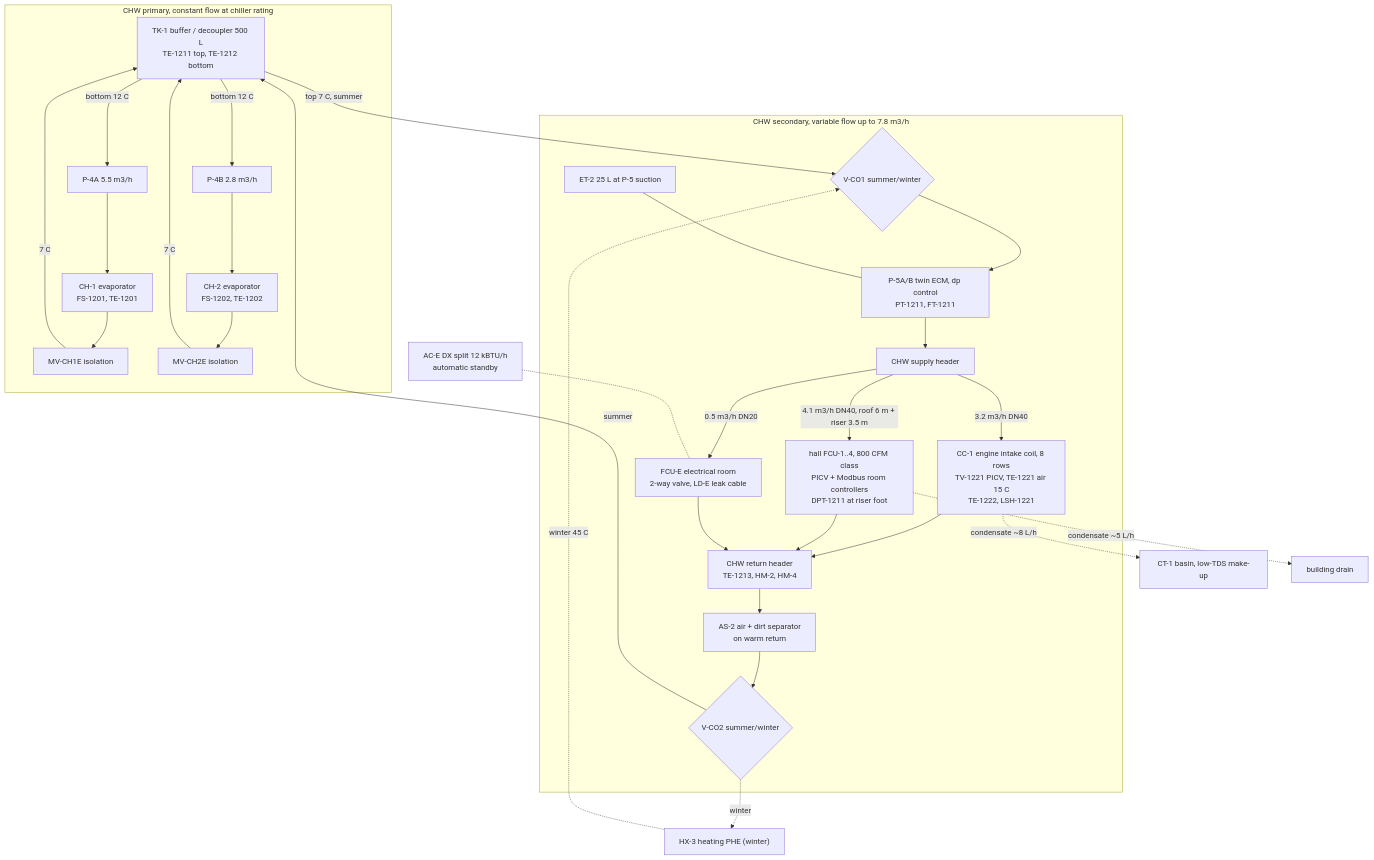
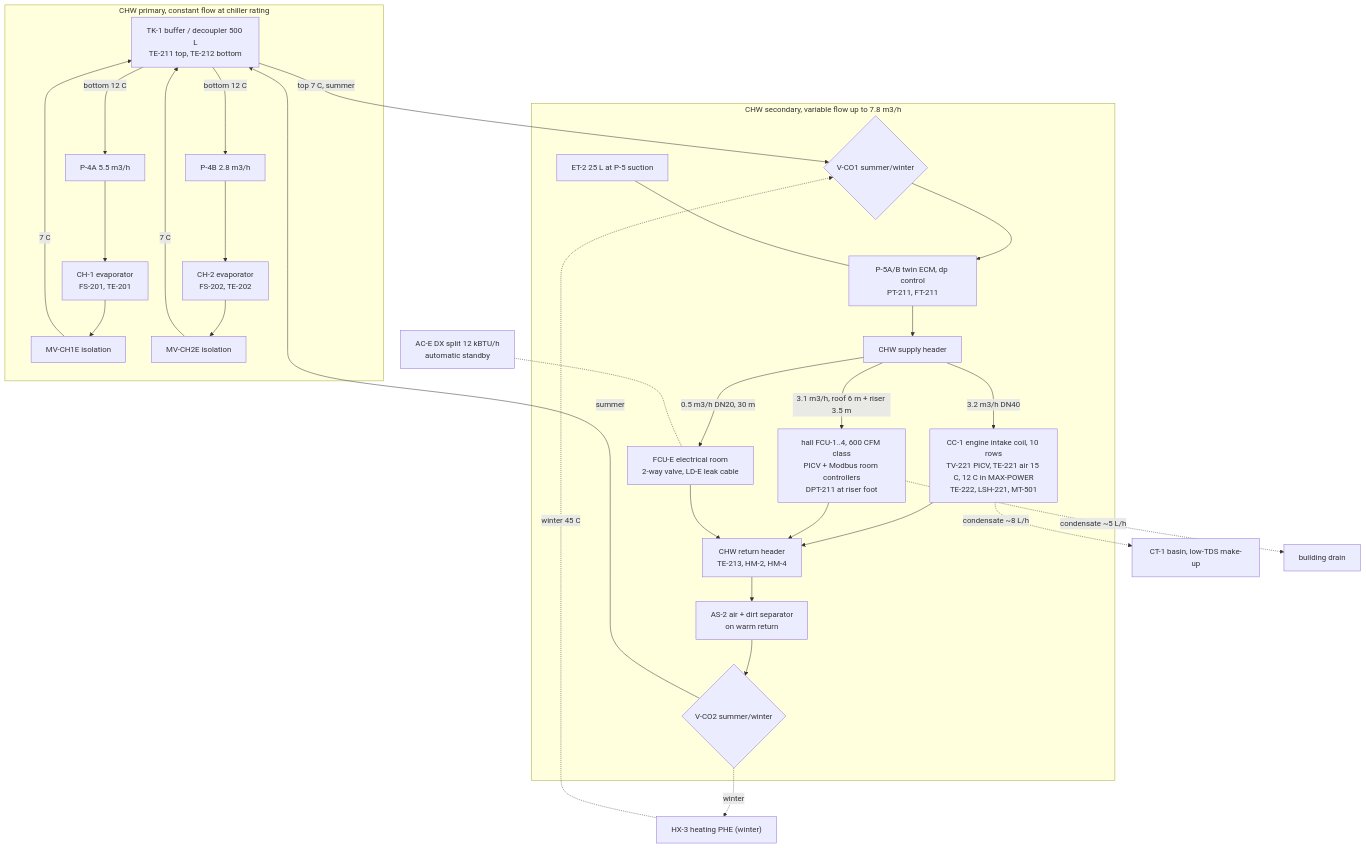
Before and after one commit to ahmadreza221/aurora-cchp: the third of 4 diagrams in docs/hvac/01_pid.md, drawn with Mermaid. The commit also changed other lines of this file and 77 other files, not shown here.

Commit message:
WIP: HVAC power modes, fire suppression, insulated-hall recheck; electrical EMS, boards, 3D room model; engine E1–E4 in progress

````diff
--- a/docs/hvac/01_pid.md
+++ b/docs/hvac/01_pid.md
@@ -124,50 +130,50 @@
 ```mermaid
 flowchart TB
   subgraph PRI["CHW primary, constant flow at chiller rating"]
-    TK1["TK-1 buffer / decoupler 500 L<br/>TE-1211 top, TE-1212 bottom"]
+    TK1["TK-1 buffer / decoupler 500 L<br/>TE-211 top, TE-212 bottom"]
     P4A["P-4A 5.5 m3/h"]
-    E1["CH-1 evaporator<br/>FS-1201, TE-1201"]
+    E1["CH-1 evaporator<br/>FS-201, TE-201"]
     MV1["MV-CH1E isolation"]
     P4B["P-4B 2.8 m3/h"]
-    E2["CH-2 evaporator<br/>FS-1202, TE-1202"]
+    E2["CH-2 evaporator<br/>FS-202, TE-202"]
     MV2["MV-CH2E isolation"]
     P4A --> E1 --> MV1
     P4B --> E2 --> MV2
   end
   subgraph SEC["CHW secondary, variable flow up to 7.8 m3/h"]
     VCO1{"V-CO1 summer/winter"}
-    P5["P-5A/B twin ECM, dp control<br/>PT-1211, FT-1211"]
+    P5["P-5A/B twin ECM, dp control<br/>PT-211, FT-211"]
     AS2["AS-2 air + dirt separator<br/>on warm return"]
     ET2["ET-2 25 L at P-5 suction"]
     HDR["CHW supply header"]
-    CC1["CC-1 engine intake coil, 8 rows<br/>TV-1221 PICV, TE-1221 air 15 C<br/>TE-1222, LSH-1221"]
-    HALL["hall FCU-1..4, 800 CFM class<br/>PICV + Modbus room controllers<br/>DPT-1211 at riser foot"]
+    CC1["CC-1 engine intake coil, 10 rows<br/>TV-221 PICV, TE-221 air 15 C, 12 C in MAX-POWER<br/>TE-222, LSH-221, MT-501"]
+    HALL["hall FCU-1..4, 600 CFM class<br/>PICV + Modbus room controllers<br/>DPT-211 at riser foot"]
     FCUE["FCU-E electrical room<br/>2-way valve, LD-E leak cable"]
-    RET["CHW return header<br/>TE-1213, HM-2, HM-4"]
+    RET["CHW return header<br/>TE-213, HM-2, HM-4"]
     VCO2{"V-CO2 summer/winter"}
     VCO1 --> P5 --> HDR
     ET2 --- P5
     HDR -->|"3.2 m3/h DN40"| CC1
-    HDR -->|"4.1 m3/h DN40, roof 6 m + riser 3.5 m"| HALL
-    HDR -->|"0.5 m3/h DN20"| FCUE
+    HDR -->|"3.1 m3/h, roof 6 m + riser 3.5 m"| HALL
+    HDR -->|"0.5 m3/h DN20, 30 m"| FCUE
     CC1 --> RET
     HALL --> RET
     FCUE --> RET
     RET --> AS2 --> VCO2
   end
   HX3["HX-3 heating PHE (winter)"]
   BASIN["CT-1 basin, low-TDS make-up"]
   DRAIN["building drain"]
   ACE["AC-E DX split 12 kBTU/h<br/>automatic standby"]
   TK1 -->|"bottom 12 C"| P4A
   TK1 -->|"bottom 12 C"| P4B
   MV1 -->|"7 C"| TK1
   MV2 -->|"7 C"| TK1
   TK1 -->|"top 7 C, summer"| VCO1
   HX3 -.->|"winter 45 C"| VCO1
   VCO2 -->|"summer"| TK1
   VCO2 -.->|"winter"| HX3
   CC1 -.->|"condensate ~8 L/h"| BASIN
   HALL -.->|"condensate ~5 L/h"| DRAIN
   ACE -.- FCUE
 ```
````
